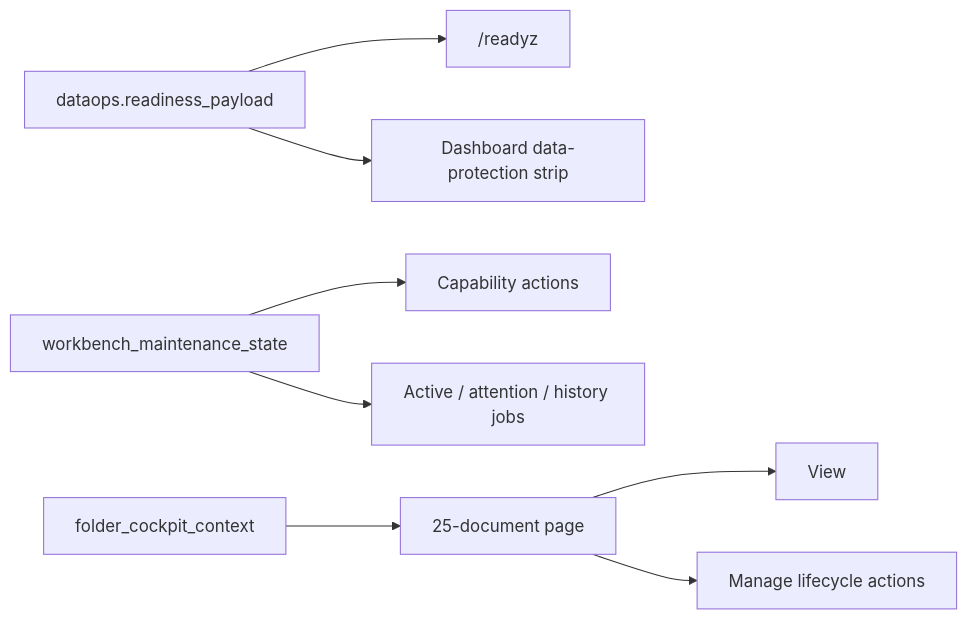
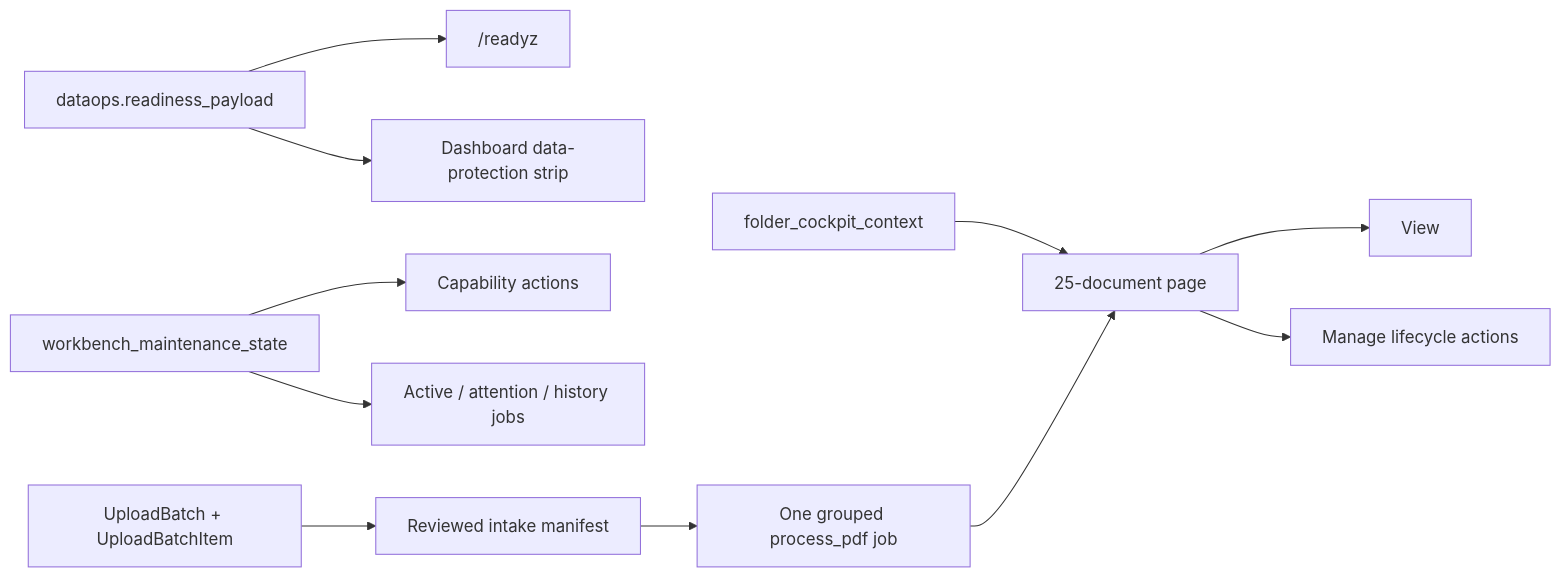
Before and after one commit to Nimble-esolutions/PdfSearch: the diagram in docs/ARCHITECTURE_OVERVIEW.md, drawn with Mermaid. The commit also changed other lines of this file and 6 other files, not shown here.

````diff
--- a/docs/ARCHITECTURE_OVERVIEW.md
+++ b/docs/ARCHITECTURE_OVERVIEW.md
@@ -102,10 +102,13 @@
 ```mermaid
 flowchart LR
   R["dataops.readiness_payload"] --> Z["/readyz"]
   R --> D["Dashboard data-protection strip"]
   M["workbench_maintenance_state"] --> C["Capability actions"]
   M --> J["Active / attention / history jobs"]
   F["folder_cockpit_context"] --> P["25-document page"]
   P --> V["View"]
   P --> A["Manage lifecycle actions"]
+  U["UploadBatch + UploadBatchItem"] --> I["Reviewed intake manifest"]
+  I --> Q["One grouped process_pdf job"]
+  Q --> P
 ```
````
